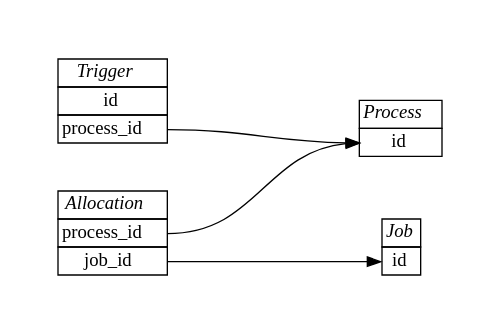
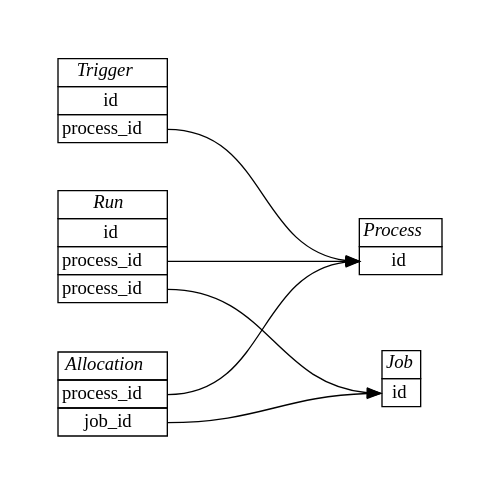
One commit to knowark/procesark changed the diagram in docs/domain.rst. Above: the diagram before and after it, drawn with Graphviz. The commit also changed other lines of this file and 3 other files, not shown here.

```diff
--- a/docs/domain.rst
+++ b/docs/domain.rst
@@ -8,41 +10,48 @@
 .. graphviz::
 
     digraph {
         graph [pad="0.5", nodesep="0.5", ranksep="2"]
         node [shape=plain]
         rankdir=LR
 
         Job [label=<
         <table border="0" cellborder="1" cellspacing="0">
         <tr><td><i>Job</i></td></tr>
         <tr><td port="id">id</td></tr>
         </table>>]
 
         Process [label=<
         <table border="0" cellborder="1" cellspacing="0">
         <tr><td><i>Process</i></td></tr>
         <tr><td port="id">id</td></tr>
         </table>>]
 
         Allocation [label=<
         <table border="0" cellborder="1" cellspacing="0">
         <tr><td><i>Allocation</i></td></tr>
         <tr><td port="process_id">process_id</td></tr>
         <tr><td port="job_id">job_id</td></tr>
         </table>>]
 
         Trigger [label=<
         <table border="0" cellborder="1" cellspacing="0">
         <tr><td><i>Trigger</i></td></tr>
         <tr><td port="id">id</td></tr>
         <tr><td port="process_id">process_id</td></tr>
         </table>>]
 
+        Run [label=<
+        <table border="0" cellborder="1" cellspacing="0">
+        <tr><td><i>Run</i></td></tr>
+        <tr><td port="id">id</td></tr>
+        <tr><td port="process_id">process_id</td></tr>
+        <tr><td port="job_id">process_id</td></tr>
+        </table>>]
+
         Allocation:process_id -> Process:id
         Allocation:job_id -> Job:id
         Trigger:process_id -> Process:id
-
-        
-
+        Run:process_id -> Process:id
+        Run:job_id -> Job:id
 
     }
```
